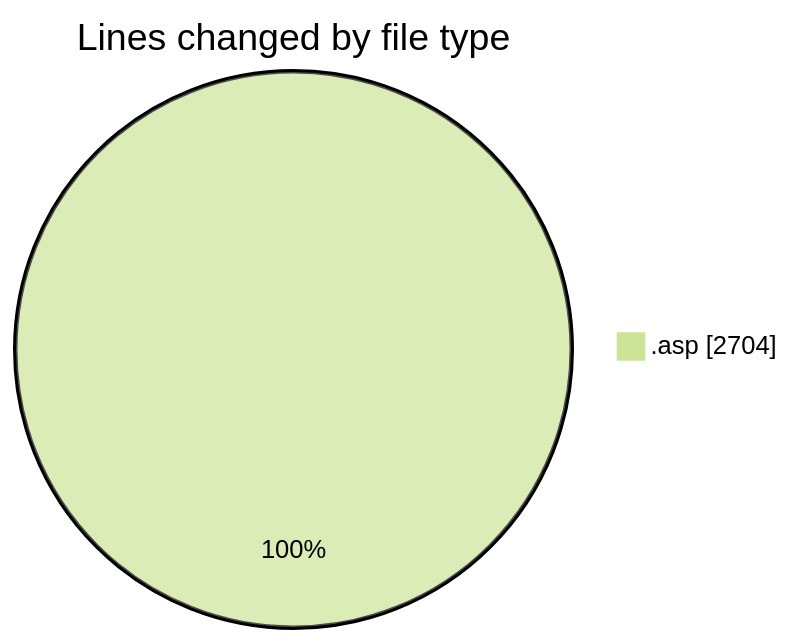
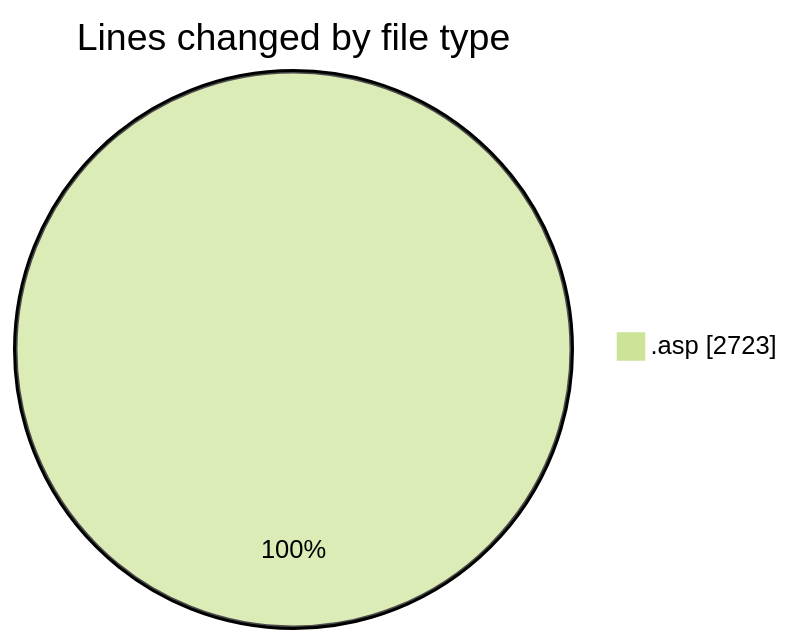
The first of 2 diagrams in 2025-10-31/cdp_aleoudev_fr__workspace_/README.md (julien-gomy/code-tracking), drawn with Mermaid (forest theme) before and after one commit. The commit also changed other lines of this file and 1 other file, not shown here.

````diff
--- a/2025-10-31/cdp_aleoudev_fr__workspace_/README.md
+++ b/2025-10-31/cdp_aleoudev_fr__workspace_/README.md
@@ -21,5 +21,5 @@
 ```mermaid
 pie showData
 title Lines changed by file type
-".asp" : 2704
+".asp" : 2723
 ```
````
